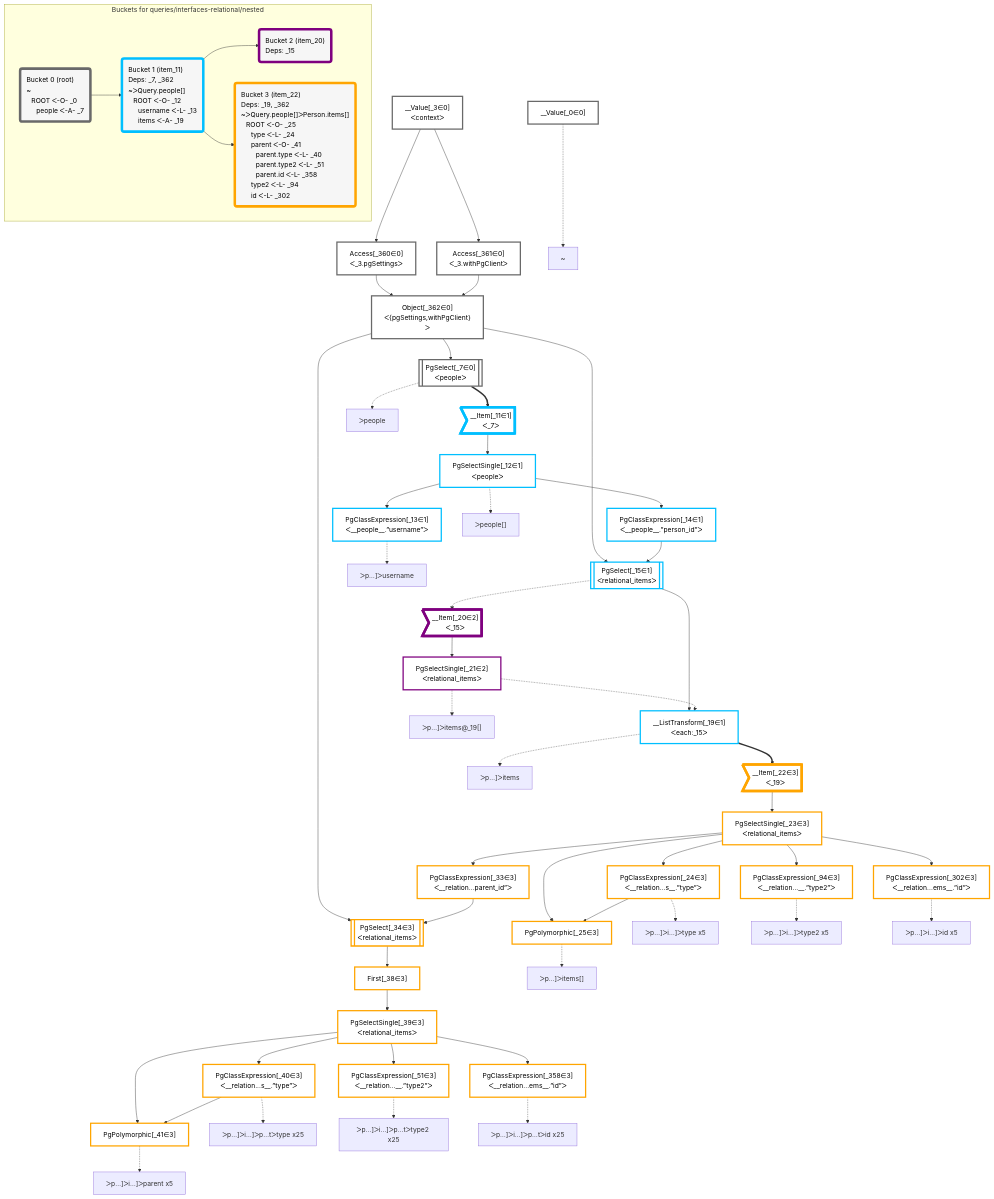
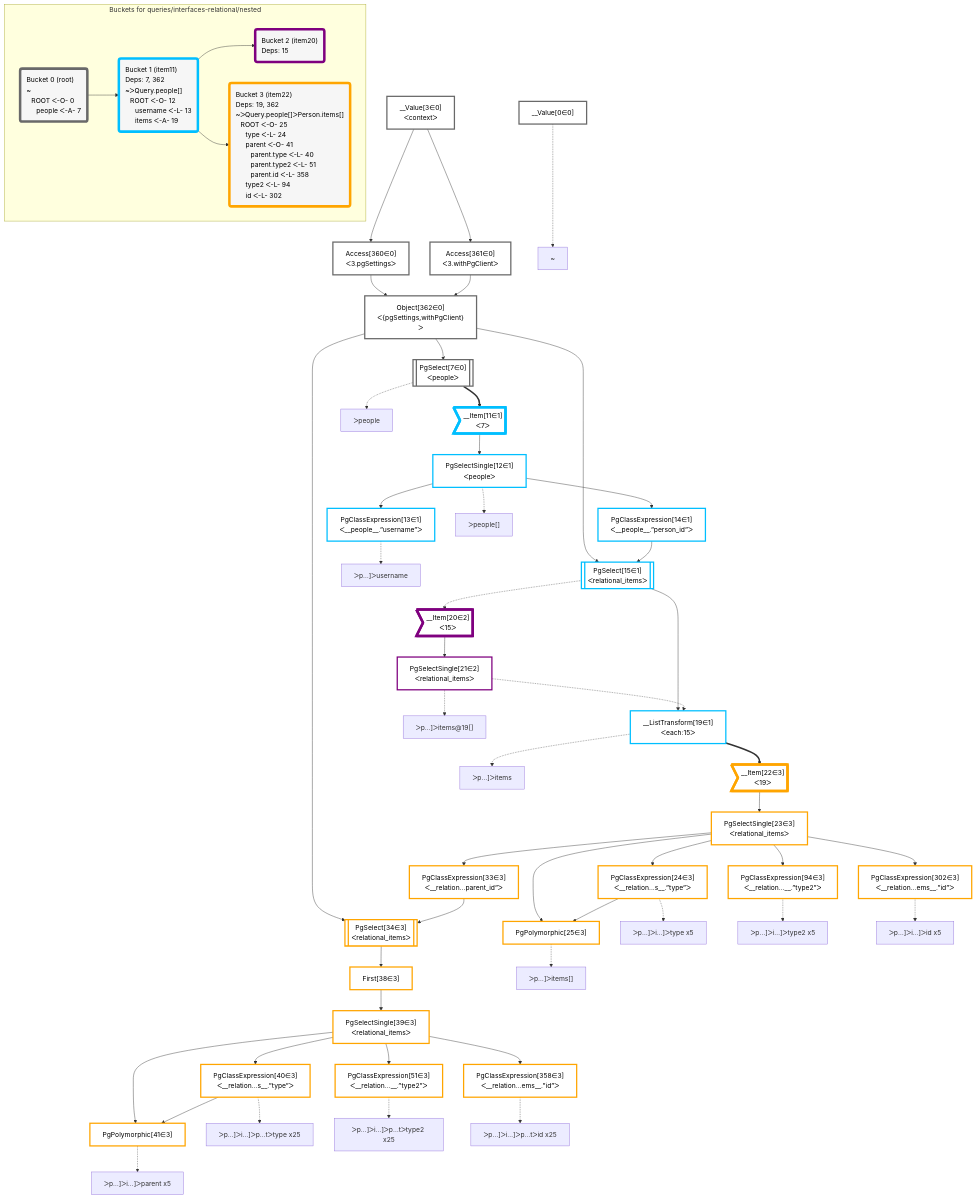
The diagram in packages/dataplan-pg/__tests__/queries/interfaces-relational/nested.deopt.mermaid.md (graphile/crystal), drawn with Mermaid before and after one commit. The commit also changed 195 other files, not shown here.

```diff
--- a/packages/dataplan-pg/__tests__/queries/interfaces-relational/nested.deopt.mermaid.md
+++ b/packages/dataplan-pg/__tests__/queries/interfaces-relational/nested.deopt.mermaid.md
@@ -8,107 +8,107 @@
 
 
     %% define plans
-    __Value_0["__Value[_0∈0]"]:::plan
-    PgClassExpression_13["PgClassExpression[_13∈1]<br />ᐸ__people__.”username”ᐳ"]:::plan
-    PgPolymorphic_25["PgPolymorphic[_25∈3]"]:::plan
-    PgClassExpression_24["PgClassExpression[_24∈3]<br />ᐸ__relation...s__.”type”ᐳ"]:::plan
-    PgClassExpression_302["PgClassExpression[_302∈3]<br />ᐸ__relation...ems__.”id”ᐳ"]:::plan
-    PgPolymorphic_41["PgPolymorphic[_41∈3]"]:::plan
-    PgClassExpression_40["PgClassExpression[_40∈3]<br />ᐸ__relation...s__.”type”ᐳ"]:::plan
-    PgClassExpression_358["PgClassExpression[_358∈3]<br />ᐸ__relation...ems__.”id”ᐳ"]:::plan
-    PgClassExpression_51["PgClassExpression[_51∈3]<br />ᐸ__relation...__.”type2”ᐳ"]:::plan
-    PgSelectSingle_39["PgSelectSingle[_39∈3]<br />ᐸrelational_itemsᐳ"]:::plan
-    First_38["First[_38∈3]"]:::plan
-    PgSelect_34[["PgSelect[_34∈3]<br />ᐸrelational_itemsᐳ"]]:::plan
-    PgClassExpression_33["PgClassExpression[_33∈3]<br />ᐸ__relation...parent_id”ᐳ"]:::plan
-    PgClassExpression_94["PgClassExpression[_94∈3]<br />ᐸ__relation...__.”type2”ᐳ"]:::plan
-    PgSelectSingle_23["PgSelectSingle[_23∈3]<br />ᐸrelational_itemsᐳ"]:::plan
-    __Item_22>"__Item[_22∈3]<br />ᐸ_19ᐳ"]:::itemplan
-    __ListTransform_19["__ListTransform[_19∈1]<br />ᐸeach:_15ᐳ"]:::plan
-    PgSelectSingle_21["PgSelectSingle[_21∈2]<br />ᐸrelational_itemsᐳ"]:::plan
-    __Item_20>"__Item[_20∈2]<br />ᐸ_15ᐳ"]:::itemplan
-    PgSelect_15[["PgSelect[_15∈1]<br />ᐸrelational_itemsᐳ"]]:::plan
-    PgClassExpression_14["PgClassExpression[_14∈1]<br />ᐸ__people__.”person_id”ᐳ"]:::plan
-    PgSelectSingle_12["PgSelectSingle[_12∈1]<br />ᐸpeopleᐳ"]:::plan
-    __Item_11>"__Item[_11∈1]<br />ᐸ_7ᐳ"]:::itemplan
-    PgSelect_7[["PgSelect[_7∈0]<br />ᐸpeopleᐳ"]]:::plan
-    Object_362["Object[_362∈0]<br />ᐸ{pgSettings,withPgClient}ᐳ"]:::plan
-    Access_360["Access[_360∈0]<br />ᐸ_3.pgSettingsᐳ"]:::plan
-    Access_361["Access[_361∈0]<br />ᐸ_3.withPgClientᐳ"]:::plan
-    __Value_3["__Value[_3∈0]<br />ᐸcontextᐳ"]:::plan
+    __Value0["__Value[0∈0]"]:::plan
+    PgClassExpression13["PgClassExpression[13∈1]<br />ᐸ__people__.”username”ᐳ"]:::plan
+    PgPolymorphic25["PgPolymorphic[25∈3]"]:::plan
+    PgClassExpression24["PgClassExpression[24∈3]<br />ᐸ__relation...s__.”type”ᐳ"]:::plan
+    PgClassExpression302["PgClassExpression[302∈3]<br />ᐸ__relation...ems__.”id”ᐳ"]:::plan
+    PgPolymorphic41["PgPolymorphic[41∈3]"]:::plan
+    PgClassExpression40["PgClassExpression[40∈3]<br />ᐸ__relation...s__.”type”ᐳ"]:::plan
+    PgClassExpression358["PgClassExpression[358∈3]<br />ᐸ__relation...ems__.”id”ᐳ"]:::plan
+    PgClassExpression51["PgClassExpression[51∈3]<br />ᐸ__relation...__.”type2”ᐳ"]:::plan
+    PgSelectSingle39["PgSelectSingle[39∈3]<br />ᐸrelational_itemsᐳ"]:::plan
+    First38["First[38∈3]"]:::plan
+    PgSelect34[["PgSelect[34∈3]<br />ᐸrelational_itemsᐳ"]]:::plan
+    PgClassExpression33["PgClassExpression[33∈3]<br />ᐸ__relation...parent_id”ᐳ"]:::plan
+    PgClassExpression94["PgClassExpression[94∈3]<br />ᐸ__relation...__.”type2”ᐳ"]:::plan
+    PgSelectSingle23["PgSelectSingle[23∈3]<br />ᐸrelational_itemsᐳ"]:::plan
+    __Item22>"__Item[22∈3]<br />ᐸ19ᐳ"]:::itemplan
+    __ListTransform19["__ListTransform[19∈1]<br />ᐸeach:15ᐳ"]:::plan
+    PgSelectSingle21["PgSelectSingle[21∈2]<br />ᐸrelational_itemsᐳ"]:::plan
+    __Item20>"__Item[20∈2]<br />ᐸ15ᐳ"]:::itemplan
+    PgSelect15[["PgSelect[15∈1]<br />ᐸrelational_itemsᐳ"]]:::plan
+    PgClassExpression14["PgClassExpression[14∈1]<br />ᐸ__people__.”person_id”ᐳ"]:::plan
+    PgSelectSingle12["PgSelectSingle[12∈1]<br />ᐸpeopleᐳ"]:::plan
+    __Item11>"__Item[11∈1]<br />ᐸ7ᐳ"]:::itemplan
+    PgSelect7[["PgSelect[7∈0]<br />ᐸpeopleᐳ"]]:::plan
+    Object362["Object[362∈0]<br />ᐸ{pgSettings,withPgClient}ᐳ"]:::plan
+    Access360["Access[360∈0]<br />ᐸ3.pgSettingsᐳ"]:::plan
+    Access361["Access[361∈0]<br />ᐸ3.withPgClientᐳ"]:::plan
+    __Value3["__Value[3∈0]<br />ᐸcontextᐳ"]:::plan
 
     %% plan dependencies
-    PgSelectSingle_12 --> PgClassExpression_13
-    PgSelectSingle_23 & PgClassExpression_24 --> PgPolymorphic_25
-    PgSelectSingle_23 --> PgClassExpression_24
-    PgSelectSingle_23 --> PgClassExpression_302
-    PgSelectSingle_39 & PgClassExpression_40 --> PgPolymorphic_41
-    PgSelectSingle_39 --> PgClassExpression_40
-    PgSelectSingle_39 --> PgClassExpression_358
-    PgSelectSingle_39 --> PgClassExpression_51
-    First_38 --> PgSelectSingle_39
-    PgSelect_34 --> First_38
-    Object_362 & PgClassExpression_33 --> PgSelect_34
-    PgSelectSingle_23 --> PgClassExpression_33
-    PgSelectSingle_23 --> PgClassExpression_94
-    __Item_22 --> PgSelectSingle_23
-    __ListTransform_19 ==> __Item_22
-    PgSelect_15 --> __ListTransform_19
-    PgSelectSingle_21 -.-> __ListTransform_19
-    __Item_20 --> PgSelectSingle_21
-    PgSelect_15 -.-> __Item_20
-    Object_362 & PgClassExpression_14 --> PgSelect_15
-    PgSelectSingle_12 --> PgClassExpression_14
-    __Item_11 --> PgSelectSingle_12
-    PgSelect_7 ==> __Item_11
-    Object_362 --> PgSelect_7
-    Access_360 & Access_361 --> Object_362
-    __Value_3 --> Access_360
-    __Value_3 --> Access_361
+    PgSelectSingle12 --> PgClassExpression13
+    PgSelectSingle23 & PgClassExpression24 --> PgPolymorphic25
+    PgSelectSingle23 --> PgClassExpression24
+    PgSelectSingle23 --> PgClassExpression302
+    PgSelectSingle39 & PgClassExpression40 --> PgPolymorphic41
+    PgSelectSingle39 --> PgClassExpression40
+    PgSelectSingle39 --> PgClassExpression358
+    PgSelectSingle39 --> PgClassExpression51
+    First38 --> PgSelectSingle39
+    PgSelect34 --> First38
+    Object362 & PgClassExpression33 --> PgSelect34
+    PgSelectSingle23 --> PgClassExpression33
+    PgSelectSingle23 --> PgClassExpression94
+    __Item22 --> PgSelectSingle23
+    __ListTransform19 ==> __Item22
+    PgSelect15 --> __ListTransform19
+    PgSelectSingle21 -.-> __ListTransform19
+    __Item20 --> PgSelectSingle21
+    PgSelect15 -.-> __Item20
+    Object362 & PgClassExpression14 --> PgSelect15
+    PgSelectSingle12 --> PgClassExpression14
+    __Item11 --> PgSelectSingle12
+    PgSelect7 ==> __Item11
+    Object362 --> PgSelect7
+    Access360 & Access361 --> Object362
+    __Value3 --> Access360
+    __Value3 --> Access361
 
     %% plan-to-path relationships
-    P_0["~"]
-    __Value_0 -.-> P_0
-    P_7["ᐳpeople"]
-    PgSelect_7 -.-> P_7
-    P_12["ᐳpeople[]"]
-    PgSelectSingle_12 -.-> P_12
-    P_13["ᐳp…]ᐳusername"]
-    PgClassExpression_13 -.-> P_13
-    P_19["ᐳp…]ᐳitems"]
-    __ListTransform_19 -.-> P_19
-    P_21["ᐳp…]ᐳitems@_19[]"]
-    PgSelectSingle_21 -.-> P_21
-    P_24["ᐳp…]ᐳi…]ᐳtype x5"]
-    PgClassExpression_24 -.-> P_24
-    P_25["ᐳp…]ᐳitems[]"]
-    PgPolymorphic_25 -.-> P_25
-    P_40["ᐳp…]ᐳi…]ᐳp…tᐳtype x25"]
-    PgClassExpression_40 -.-> P_40
-    P_41["ᐳp…]ᐳi…]ᐳparent x5"]
-    PgPolymorphic_41 -.-> P_41
-    P_51["ᐳp…]ᐳi…]ᐳp…tᐳtype2 x25"]
-    PgClassExpression_51 -.-> P_51
-    P_94["ᐳp…]ᐳi…]ᐳtype2 x5"]
-    PgClassExpression_94 -.-> P_94
-    P_302["ᐳp…]ᐳi…]ᐳid x5"]
-    PgClassExpression_302 -.-> P_302
-    P_358["ᐳp…]ᐳi…]ᐳp…tᐳid x25"]
-    PgClassExpression_358 -.-> P_358
+    P0["~"]
+    __Value0 -.-> P0
+    P7["ᐳpeople"]
+    PgSelect7 -.-> P7
+    P12["ᐳpeople[]"]
+    PgSelectSingle12 -.-> P12
+    P13["ᐳp…]ᐳusername"]
+    PgClassExpression13 -.-> P13
+    P19["ᐳp…]ᐳitems"]
+    __ListTransform19 -.-> P19
+    P21["ᐳp…]ᐳitems@19[]"]
+    PgSelectSingle21 -.-> P21
+    P24["ᐳp…]ᐳi…]ᐳtype x5"]
+    PgClassExpression24 -.-> P24
+    P25["ᐳp…]ᐳitems[]"]
+    PgPolymorphic25 -.-> P25
+    P40["ᐳp…]ᐳi…]ᐳp…tᐳtype x25"]
+    PgClassExpression40 -.-> P40
+    P41["ᐳp…]ᐳi…]ᐳparent x5"]
+    PgPolymorphic41 -.-> P41
+    P51["ᐳp…]ᐳi…]ᐳp…tᐳtype2 x25"]
+    PgClassExpression51 -.-> P51
+    P94["ᐳp…]ᐳi…]ᐳtype2 x5"]
+    PgClassExpression94 -.-> P94
+    P302["ᐳp…]ᐳi…]ᐳid x5"]
+    PgClassExpression302 -.-> P302
+    P358["ᐳp…]ᐳi…]ᐳp…tᐳid x25"]
+    PgClassExpression358 -.-> P358
 
     subgraph "Buckets for queries/interfaces-relational/nested"
-    Bucket0("Bucket 0 (root)<br />~<br />⠀ROOT ᐸ-O- _0<br />⠀⠀people ᐸ-A- _7"):::bucket
+    Bucket0("Bucket 0 (root)<br />~<br />⠀ROOT ᐸ-O- 0<br />⠀⠀people ᐸ-A- 7"):::bucket
     classDef bucket0 stroke:#696969
-    class Bucket0,__Value_0,__Value_3,PgSelect_7,Access_360,Access_361,Object_362 bucket0
-    Bucket1("Bucket 1 (item_11)<br />Deps: _7, _362<br />~ᐳQuery.people[]<br />⠀ROOT ᐸ-O- _12<br />⠀⠀username ᐸ-L- _13<br />⠀⠀items ᐸ-A- _19"):::bucket
+    class Bucket0,__Value0,__Value3,PgSelect7,Access360,Access361,Object362 bucket0
+    Bucket1("Bucket 1 (item11)<br />Deps: 7, 362<br />~ᐳQuery.people[]<br />⠀ROOT ᐸ-O- 12<br />⠀⠀username ᐸ-L- 13<br />⠀⠀items ᐸ-A- 19"):::bucket
     classDef bucket1 stroke:#00bfff
-    class Bucket1,__Item_11,PgSelectSingle_12,PgClassExpression_13,PgClassExpression_14,PgSelect_15,__ListTransform_19 bucket1
-    Bucket2("Bucket 2 (item_20)<br />Deps: _15"):::bucket
+    class Bucket1,__Item11,PgSelectSingle12,PgClassExpression13,PgClassExpression14,PgSelect15,__ListTransform19 bucket1
+    Bucket2("Bucket 2 (item20)<br />Deps: 15"):::bucket
     classDef bucket2 stroke:#7f007f
-    class Bucket2,__Item_20,PgSelectSingle_21 bucket2
-    Bucket3("Bucket 3 (item_22)<br />Deps: _19, _362<br />~ᐳQuery.people[]ᐳPerson.items[]<br />⠀ROOT ᐸ-O- _25<br />⠀⠀type ᐸ-L- _24<br />⠀⠀parent ᐸ-O- _41<br />⠀⠀⠀parent.type ᐸ-L- _40<br />⠀⠀⠀parent.type2 ᐸ-L- _51<br />⠀⠀⠀parent.id ᐸ-L- _358<br />⠀⠀type2 ᐸ-L- _94<br />⠀⠀id ᐸ-L- _302"):::bucket
+    class Bucket2,__Item20,PgSelectSingle21 bucket2
+    Bucket3("Bucket 3 (item22)<br />Deps: 19, 362<br />~ᐳQuery.people[]ᐳPerson.items[]<br />⠀ROOT ᐸ-O- 25<br />⠀⠀type ᐸ-L- 24<br />⠀⠀parent ᐸ-O- 41<br />⠀⠀⠀parent.type ᐸ-L- 40<br />⠀⠀⠀parent.type2 ᐸ-L- 51<br />⠀⠀⠀parent.id ᐸ-L- 358<br />⠀⠀type2 ᐸ-L- 94<br />⠀⠀id ᐸ-L- 302"):::bucket
     classDef bucket3 stroke:#ffa500
-    class Bucket3,__Item_22,PgSelectSingle_23,PgClassExpression_24,PgPolymorphic_25,PgClassExpression_33,PgSelect_34,First_38,PgSelectSingle_39,PgClassExpression_40,PgPolymorphic_41,PgClassExpression_51,PgClassExpression_94,PgClassExpression_302,PgClassExpression_358 bucket3
+    class Bucket3,__Item22,PgSelectSingle23,PgClassExpression24,PgPolymorphic25,PgClassExpression33,PgSelect34,First38,PgSelectSingle39,PgClassExpression40,PgPolymorphic41,PgClassExpression51,PgClassExpression94,PgClassExpression302,PgClassExpression358 bucket3
     Bucket0 --> Bucket1
     Bucket1 --> Bucket2 & Bucket3
     end
```
